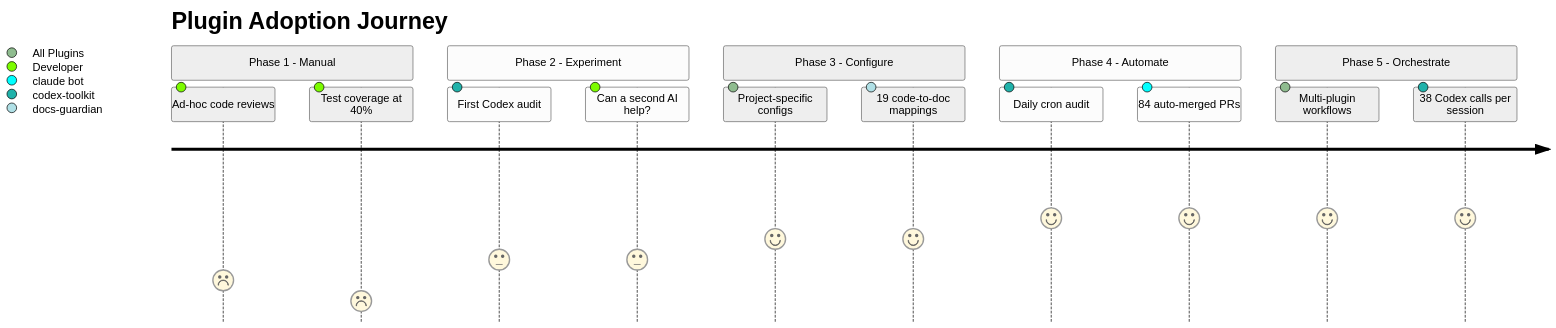
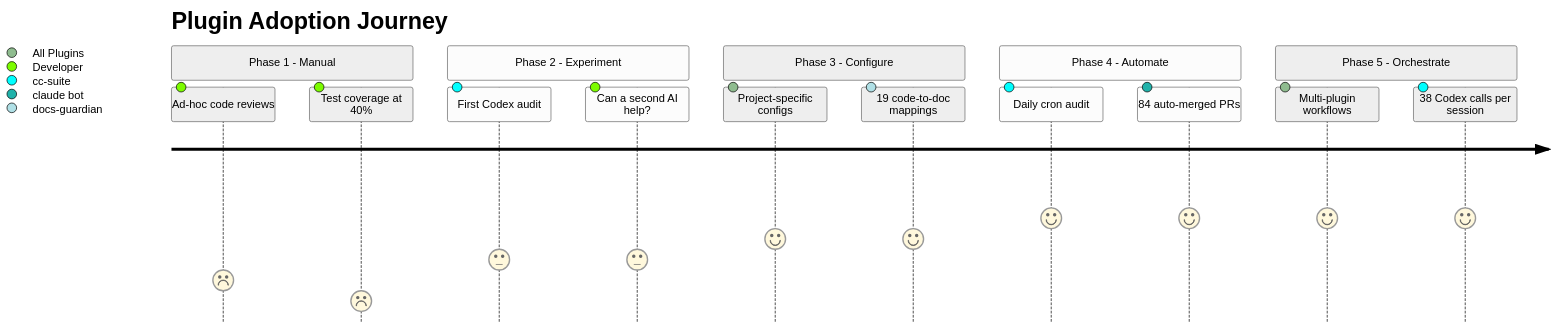
Before and after one commit to xiaolai/vmark: the eighth of 13 diagrams in website/guide/users-as-developers/plugins-as-infrastructure.md, drawn with Mermaid. The commit also changed other lines of this file and 29 other files, not shown here.

First line of the commit message:
chore: rename codex-toolkit references to cc-suite

````diff
--- a/website/guide/users-as-developers/plugins-as-infrastructure.md
+++ b/website/guide/users-as-developers/plugins-as-infrastructure.md
@@ -298,20 +298,20 @@
 ```mermaid
 %%{init: {"theme": "neutral"}}%%
 journey
     title Plugin Adoption Journey
     section Phase 1 - Manual
         Ad-hoc code reviews: 2: Developer
         Test coverage at 40%: 1: Developer
     section Phase 2 - Experiment
-        First Codex audit: 3: codex-toolkit
+        First Codex audit: 3: cc-suite
         Can a second AI help?: 3: Developer
     section Phase 3 - Configure
         Project-specific configs: 4: All Plugins
         19 code-to-doc mappings: 4: docs-guardian
     section Phase 4 - Automate
-        Daily cron audit: 5: codex-toolkit
+        Daily cron audit: 5: cc-suite
         84 auto-merged PRs: 5: claude bot
     section Phase 5 - Orchestrate
         Multi-plugin workflows: 5: All Plugins
-        38 Codex calls per session: 5: codex-toolkit
+        38 Codex calls per session: 5: cc-suite
 ```
````
